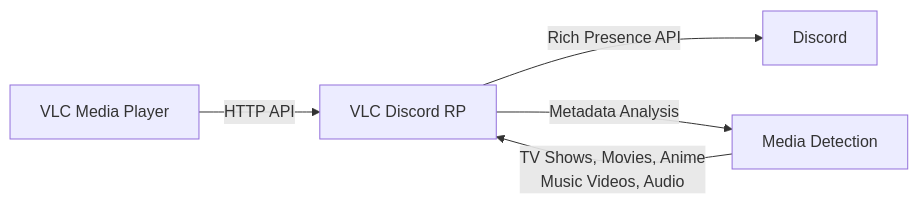
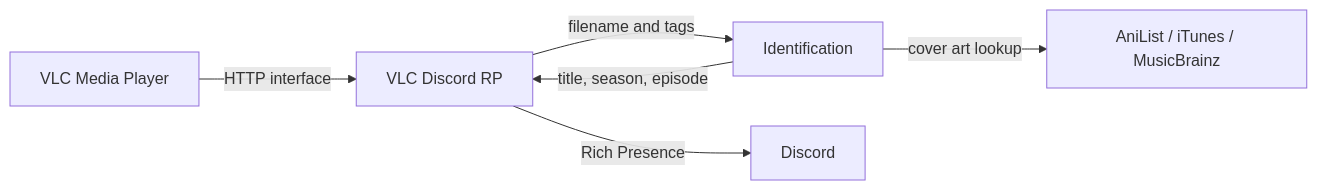
One commit to valentin-marquez/vlc-rpc changed the diagram in README.md. Above: the diagram before and after it, drawn with Mermaid. The commit also changed other lines of this file and 1 other file, not shown here.

````diff
--- a/README.md
+++ b/README.md
@@ -12,7 +21,8 @@
 ```mermaid
 graph LR
-    A[VLC Media Player] -->|HTTP API| B[VLC Discord RP]
-    B -->|Rich Presence API| C[Discord]
-    B -->|Metadata Analysis| D[Media Detection]
-    D -->|TV Shows, Movies, Anime<br/>Music Videos, Audio| B
+    A[VLC Media Player] -->|HTTP interface| B[VLC Discord RP]
+    B -->|filename and tags| D[Identification]
+    D -->|title, season, episode| B
+    D -->|cover art lookup| E[AniList / iTunes / MusicBrainz]
+    B -->|Rich Presence| C[Discord]
 ```
````
